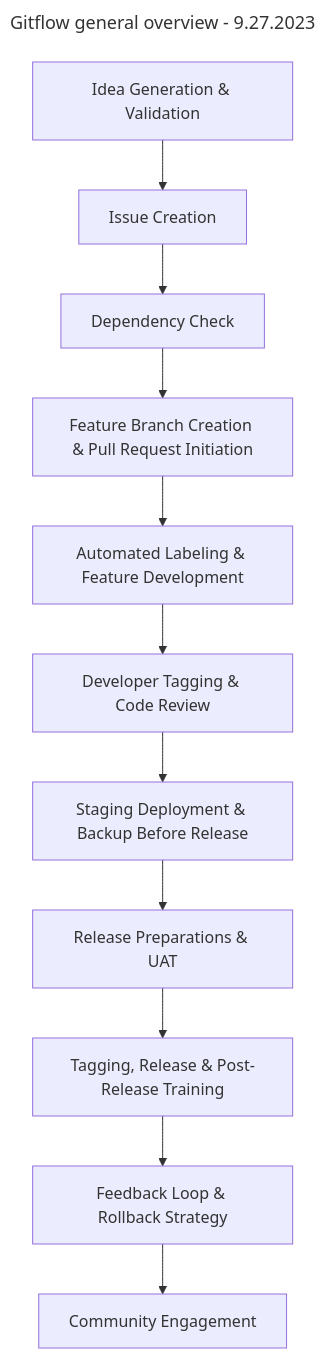
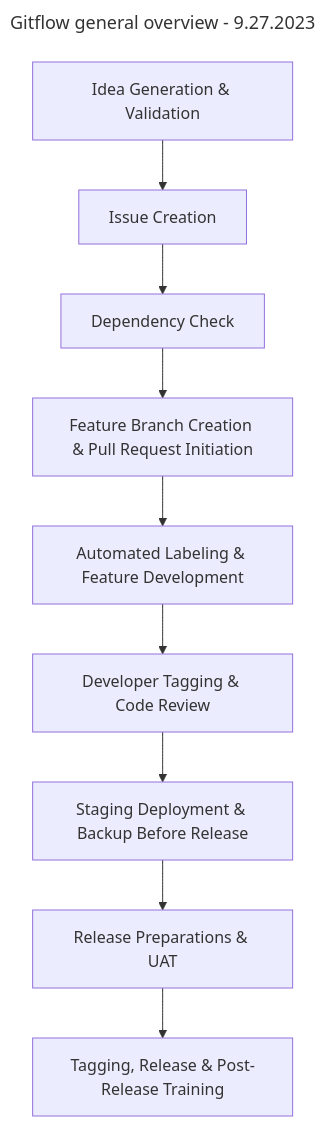
The diagram in notes/GITFLOW_OVERVIEW.md (JonahJackson1/testing-project-automation), drawn with Mermaid before and after one commit. The commit also changed other lines of this file and 1 other file, not shown here.

Commit message:
editted charts

````diff
--- a/notes/GITFLOW_OVERVIEW.md
+++ b/notes/GITFLOW_OVERVIEW.md
@@ -1,17 +1,15 @@
 ```mermaid
 ---
 title: Gitflow general overview - 9.27.2023
 ---
 graph TD
     A["Idea Generation & Validation"] --> B["Issue Creation"]
     B --> C["Dependency Check"]
     C --> D["Feature Branch Creation & Pull Request Initiation"]
     D --> E["Automated Labeling & Feature Development"]
     E --> F["Developer Tagging & Code Review"]
     F --> G["Staging Deployment & Backup Before Release"]
     G --> H["Release Preparations & UAT"]
     H --> I["Tagging, Release & Post-Release Training"]
-    I --> J["Feedback Loop & Rollback Strategy"]
-    J --> K["Community Engagement"]
 
 ```
````
